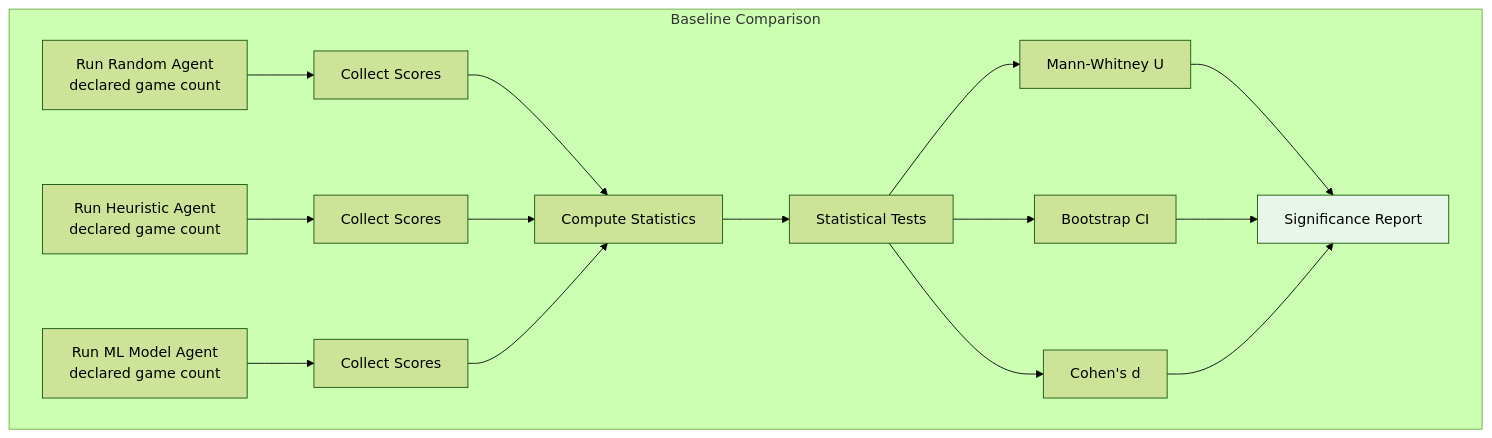
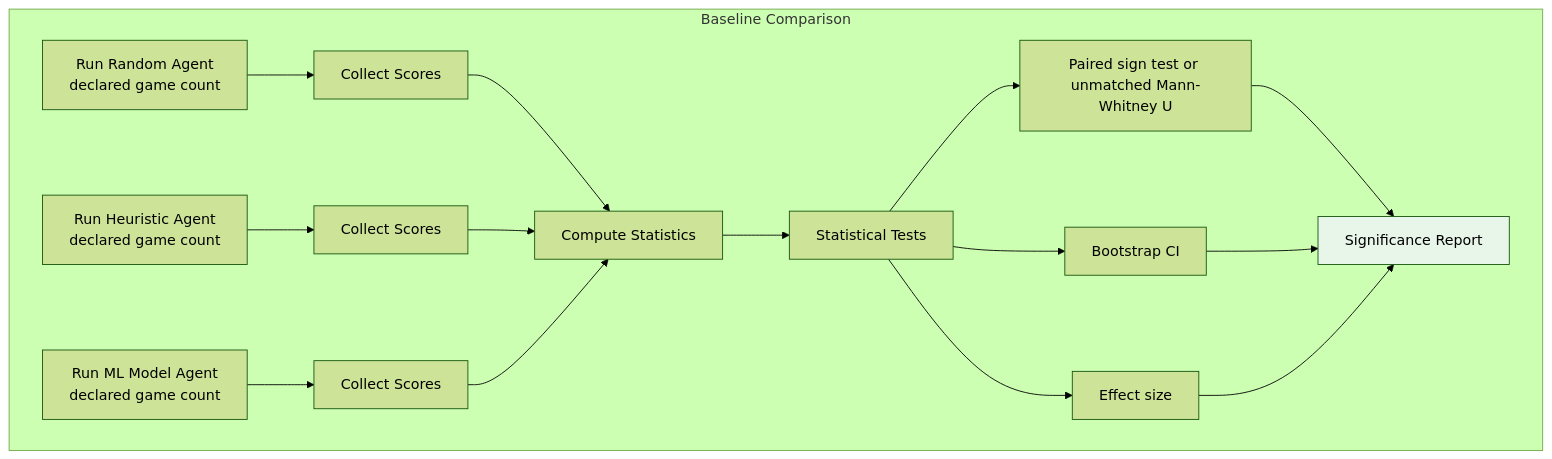
Before and after one commit to Evintkoo/2048-ml: the fourth of 4 diagrams in plans/07-Benchmarking/01-Evaluation/01-benchmarking-framework.md, drawn with Mermaid (forest theme). The commit also changed other lines of this file and 157 other files, not shown here.

````diff
--- a/plans/07-Benchmarking/01-Evaluation/01-benchmarking-framework.md
+++ b/plans/07-Benchmarking/01-Evaluation/01-benchmarking-framework.md
@@ -172,23 +171,23 @@
 ```mermaid
 flowchart TD
     subgraph "Baseline Comparison"
         A[Run Random Agent<br/>declared game count] --> B[Collect Scores]
         C[Run Heuristic Agent<br/>declared game count] --> D[Collect Scores]
         E[Run ML Model Agent<br/>declared game count] --> F[Collect Scores]
         
         B --> G[Compute Statistics]
         D --> G
         F --> G
         
         G --> H[Statistical Tests]
-        H --> I[Mann-Whitney U]
+        H --> I[Paired sign test or unmatched Mann-Whitney U]
         H --> J[Bootstrap CI]
-        H --> K[Cohen's d]
+        H --> K[Effect size]
         
         I --> L[Significance Report]
         J --> L
         K --> L
     end
     
     style L fill:#e8f5e9
 ```
````
